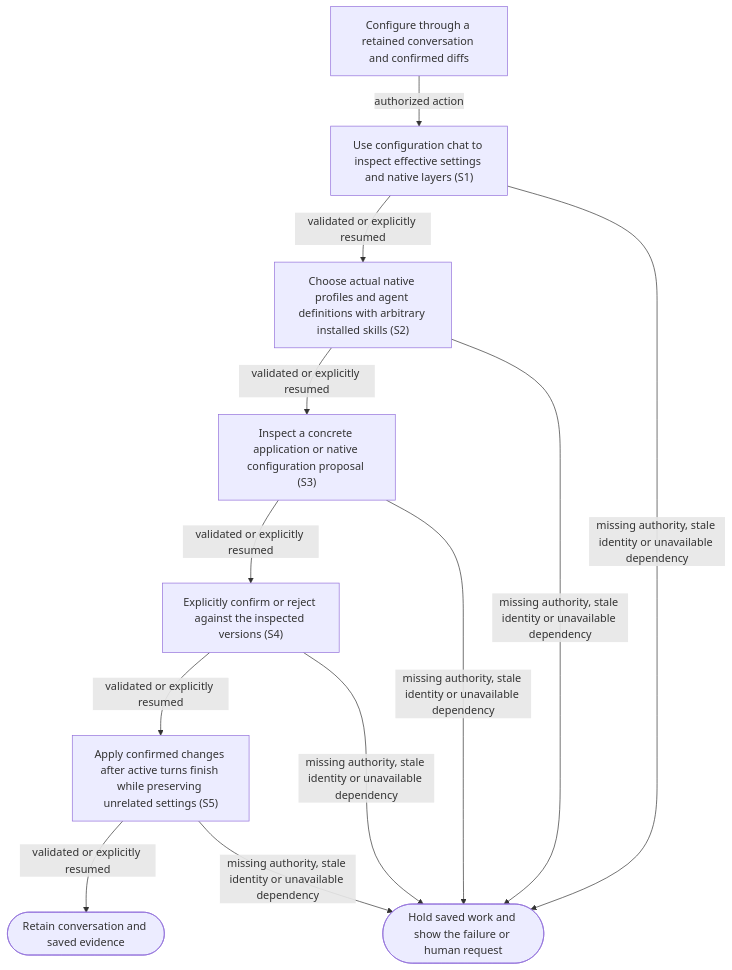
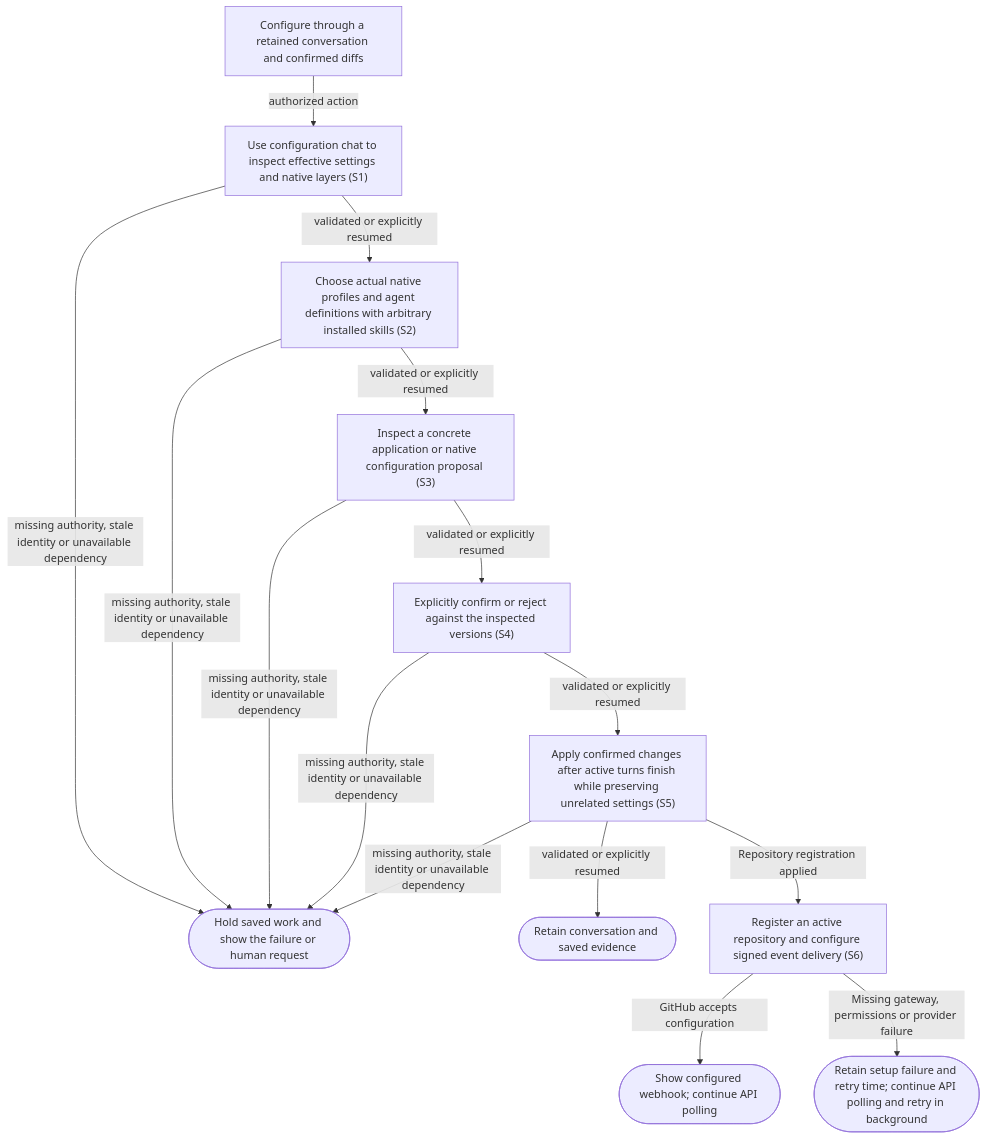
The diagram in docs/user-flows/configure-work.md (dk-code-factory/code-factory-plugin), drawn with Mermaid before and after one commit. The commit also changed other lines of this file and 42 other files, not shown here.

First line of the commit message:
Provision repository webhooks with API polling fallback (#64)

````diff
--- a/docs/user-flows/configure-work.md
+++ b/docs/user-flows/configure-work.md
@@ -77,22 +98,28 @@
 ```mermaid
 flowchart TD
     N0["Configure through a retained conversation and confirmed diffs"]
     N1["Use configuration chat to inspect effective settings and native layers #40;S1#41;"]
     N2["Choose actual native profiles and agent definitions with arbitrary installed skills #40;S2#41;"]
     N3["Inspect a concrete application or native configuration proposal #40;S3#41;"]
     N4["Explicitly confirm or reject against the inspected versions #40;S4#41;"]
     N5["Apply confirmed changes after active turns finish while preserving unrelated settings #40;S5#41;"]
     N6(["Hold saved work and show the failure or human request"])
     N7(["Retain conversation and saved evidence"])
+    N8["Register an active repository and configure signed event delivery #40;S6#41;"]
+    N9(["Show configured webhook#59; continue API polling"])
+    N10(["Retain setup failure and retry time#59; continue API polling and retry in background"])
     N0 -->|"authorized action"| N1
     N1 -->|"validated or explicitly resumed"| N2
     N1 -->|"missing authority, stale identity or unavailable dependency"| N6
     N2 -->|"validated or explicitly resumed"| N3
     N2 -->|"missing authority, stale identity or unavailable dependency"| N6
     N3 -->|"validated or explicitly resumed"| N4
     N3 -->|"missing authority, stale identity or unavailable dependency"| N6
     N4 -->|"validated or explicitly resumed"| N5
     N4 -->|"missing authority, stale identity or unavailable dependency"| N6
     N5 -->|"validated or explicitly resumed"| N7
     N5 -->|"missing authority, stale identity or unavailable dependency"| N6
+    N5 -->|"Repository registration applied"| N8
+    N8 -->|"GitHub accepts configuration"| N9
+    N8 -->|"Missing gateway, permissions or provider failure"| N10
 ```
````
